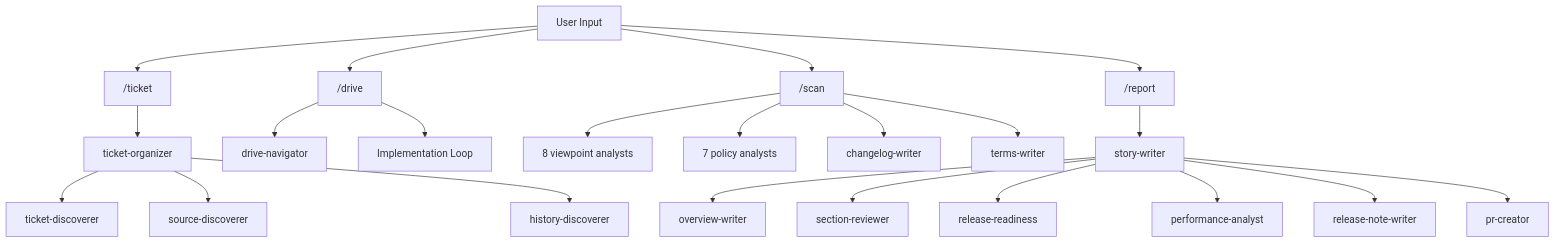
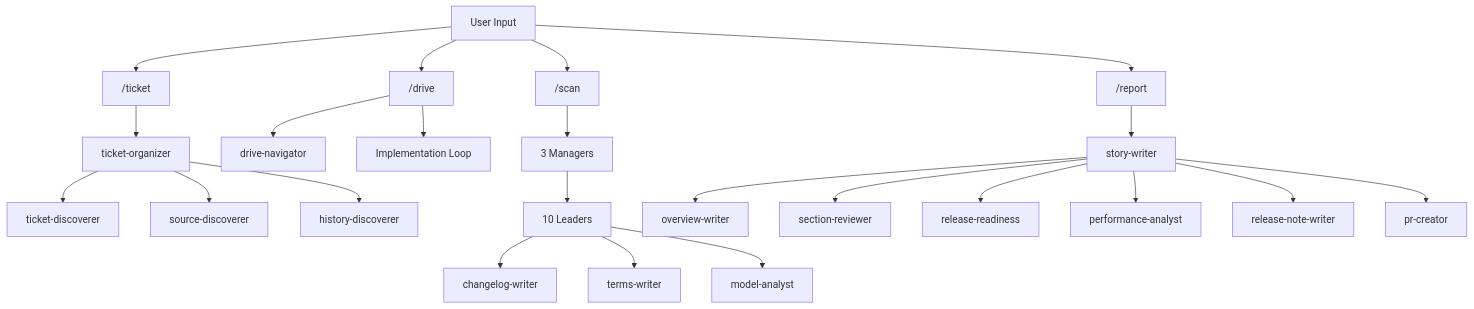
The first of 3 diagrams in .workaholic/specs/component.md (qmu/workaholic), drawn with Mermaid before and after one commit. The commit also changed other lines of this file and 36 other files, not shown here.

````diff
--- a/.workaholic/specs/component.md
+++ b/.workaholic/specs/component.md
@@ -64,28 +64,29 @@
 ```mermaid
 flowchart TD
     User["User Input"] --> ticket["/ticket"]
     User --> drive["/drive"]
     User --> scan["/scan"]
     User --> report["/report"]
 
     ticket --> TO[ticket-organizer]
     TO --> TD[ticket-discoverer]
     TO --> SD[source-discoverer]
     TO --> HD[history-discoverer]
 
     drive --> DN[drive-navigator]
     drive --> Impl["Implementation Loop"]
 
-    scan --> VA[8 viewpoint analysts]
-    scan --> PA[7 policy analysts]
-    scan --> CW[changelog-writer]
-    scan --> TW[terms-writer]
+    scan --> Managers[3 Managers]
+    Managers --> Leaders[10 Leaders]
+    Leaders --> CW[changelog-writer]
+    Leaders --> TW[terms-writer]
+    Leaders --> MA[model-analyst]
 
     report --> SW[story-writer]
     SW --> OW[overview-writer]
     SW --> SR[section-reviewer]
     SW --> RA[release-readiness]
     SW --> PERF[performance-analyst]
     SW --> RNW[release-note-writer]
     SW --> PC[pr-creator]
 ```
````
